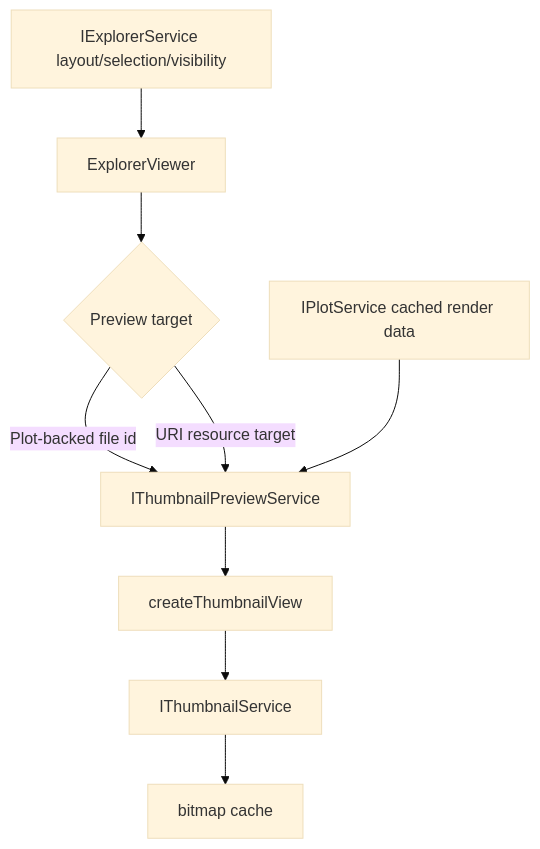
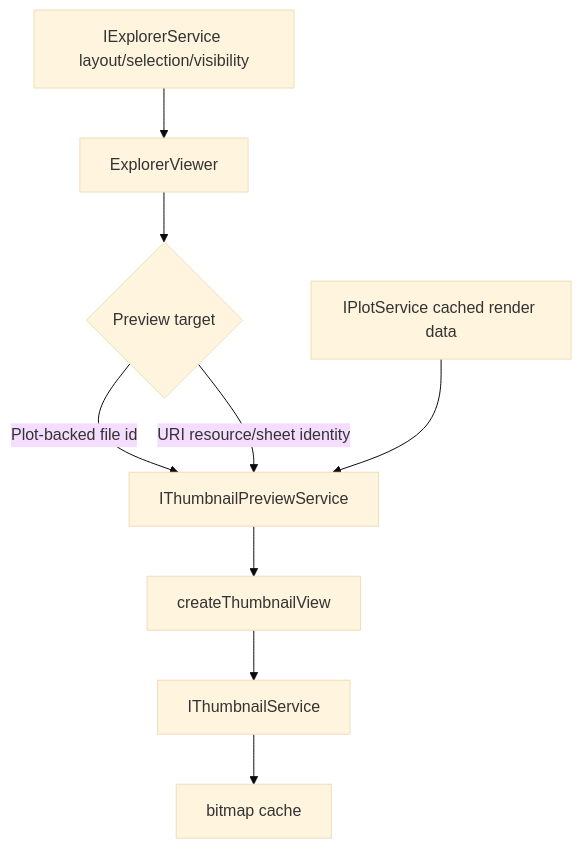
One commit to chogng/conductor changed the diagram in .github/instructions/thumbnail.instructions.md. Above: the diagram before and after it, drawn with Mermaid (base theme). The commit also changed other lines of this file and 47 other files, not shown here.

````diff
--- a/.github/instructions/thumbnail.instructions.md
+++ b/.github/instructions/thumbnail.instructions.md
@@ -75,11 +75,11 @@
 ```mermaid
 flowchart TD
     ExplorerService[IExplorerService layout/selection/visibility] --> ExplorerViewer[ExplorerViewer]
     ExplorerViewer --> PreviewTarget{Preview target}
     PreviewTarget -->|Plot-backed file id| ThumbnailPreviewService[IThumbnailPreviewService]
-    PreviewTarget -->|URI resource target| ThumbnailPreviewService
+    PreviewTarget -->|URI resource/sheet identity| ThumbnailPreviewService
     Plot[IPlotService cached render data] --> ThumbnailPreviewService
     ThumbnailPreviewService --> ThumbnailView[createThumbnailView]
     ThumbnailView --> ThumbnailService[IThumbnailService]
     ThumbnailService --> Cache[bitmap cache]
 ```
````
